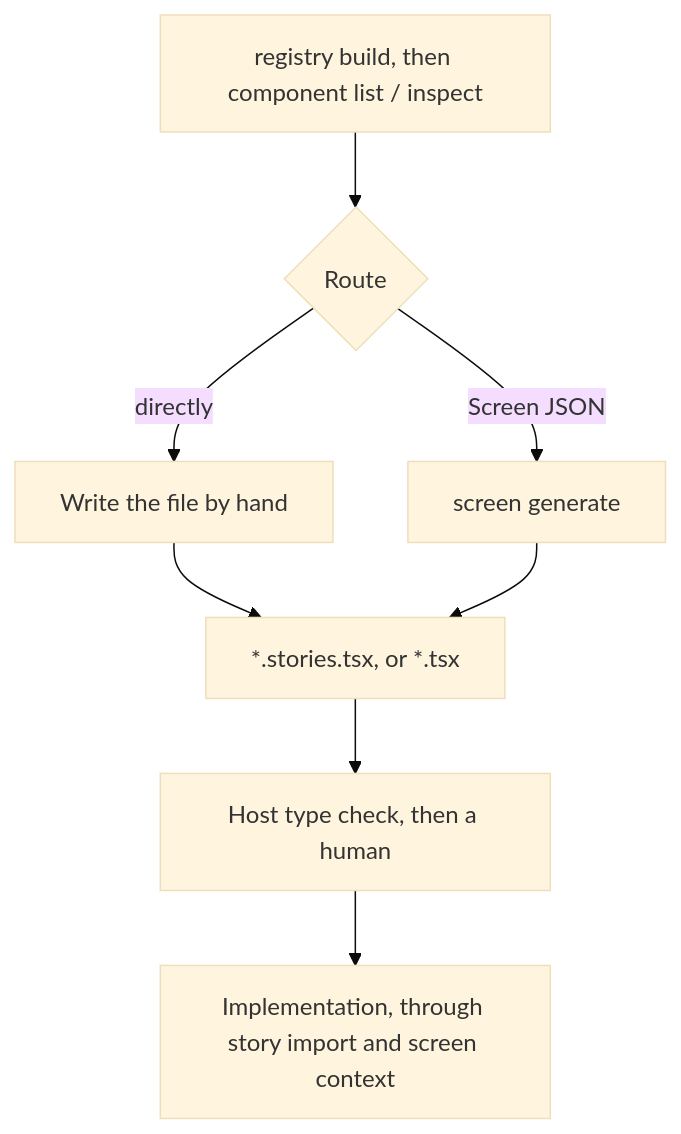
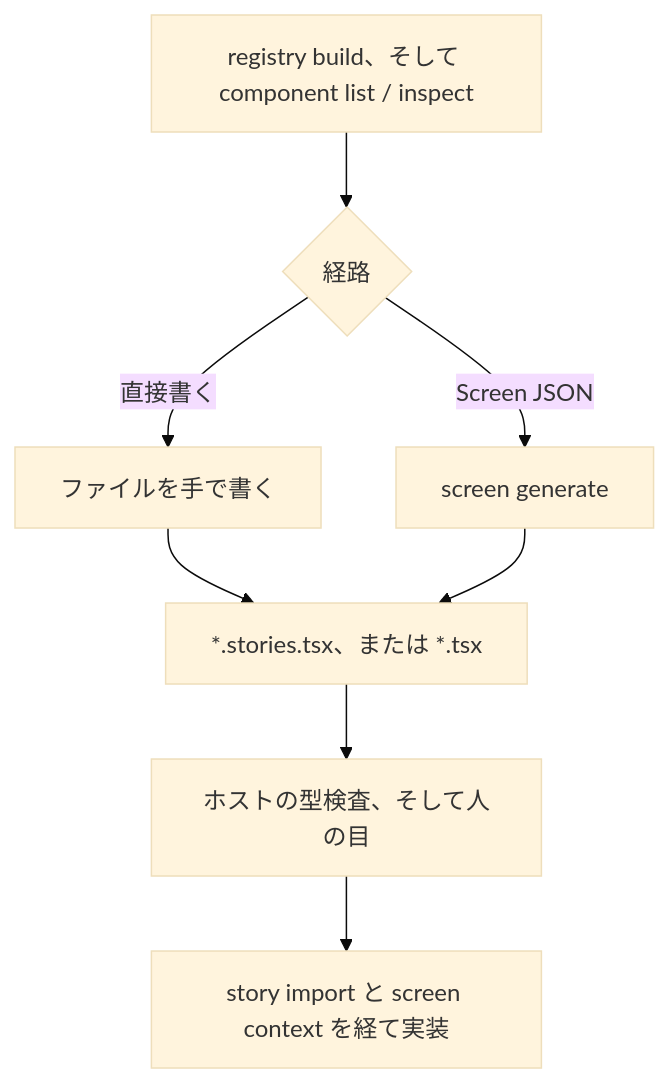
The first of 4 diagrams in docs/ja/workflows.md (yosegi-dev/yosegi), drawn with Mermaid (base theme) before and after one commit. The commit also changed other lines of this file and 6 other files, not shown here.

First line of the commit message:
docs: translate the diagram labels on the Japanese pages

````diff
--- a/docs/ja/workflows.md
+++ b/docs/ja/workflows.md
@@ -8,10 +8,10 @@
 ```mermaid
 flowchart TD
-  reg["registry build, then component list / inspect"] --> route{"Route"}
-  route -->|"directly"| hand["Write the file by hand"]
+  reg["registry build、そして component list / inspect"] --> route{"経路"}
+  route -->|"直接書く"| hand["ファイルを手で書く"]
   route -->|"Screen JSON"| gen["screen generate"]
-  hand --> file["*.stories.tsx, or *.tsx"]
+  hand --> file["*.stories.tsx、または *.tsx"]
   gen --> file
-  file --> check["Host type check, then a human"]
-  check --> page["Implementation, through story import and screen context"]
+  file --> check["ホストの型検査、そして人の目"]
+  check --> page["story import と screen context を経て実装"]
 ```
````
